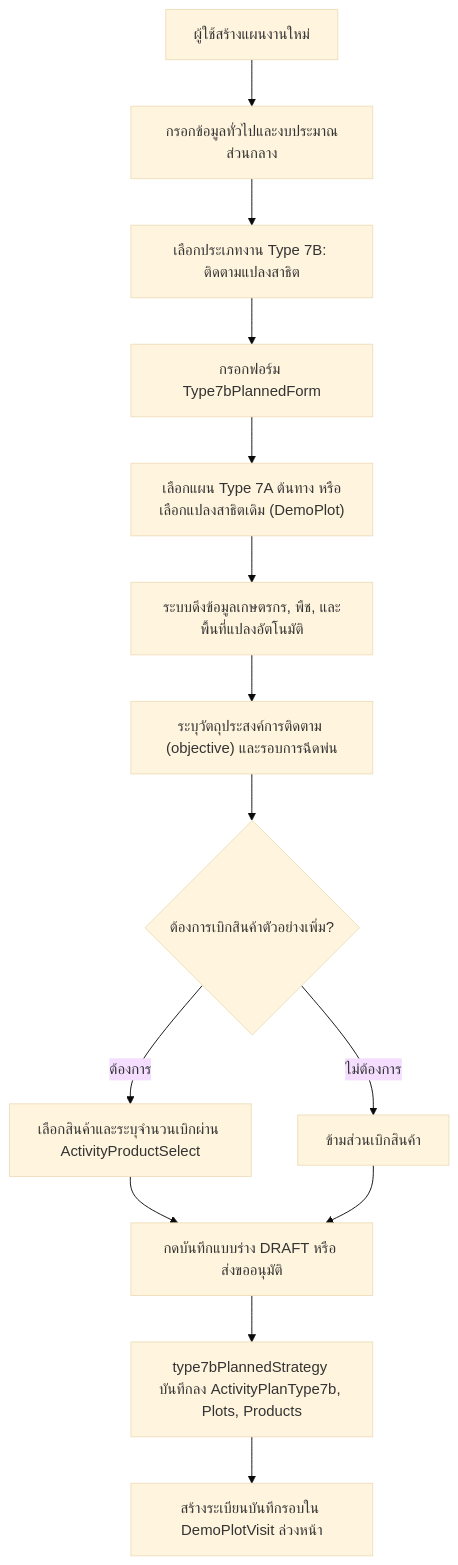
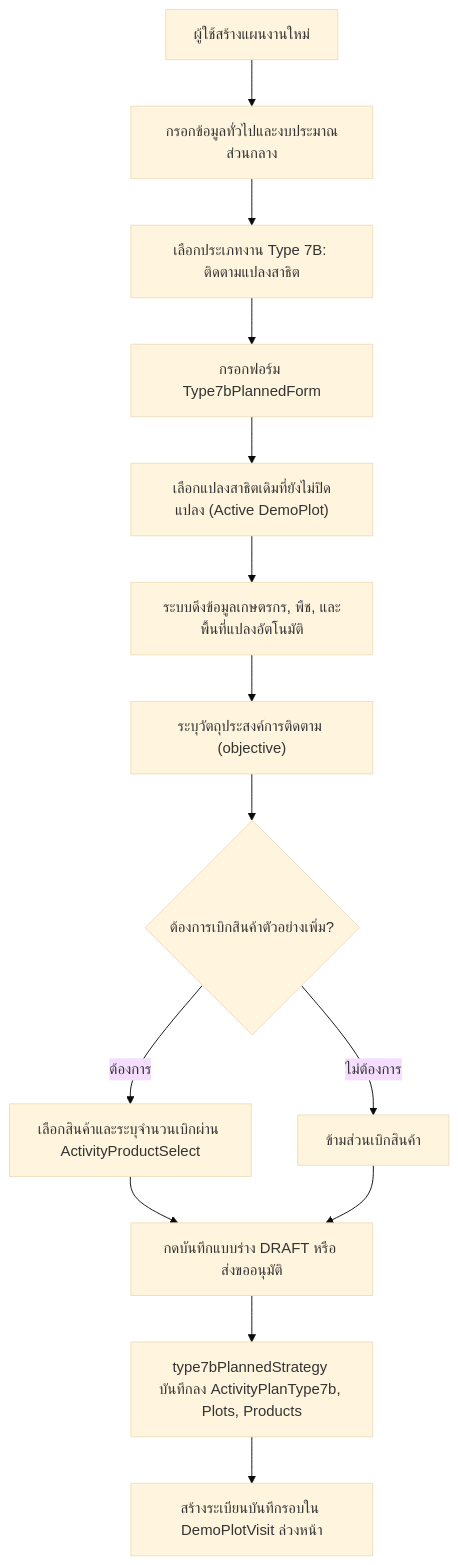
Before and after one commit to bankhk10/crm-bank: the first of 3 diagrams in modules/activity/features/type-7b/README.md, drawn with Mermaid (base theme). The commit also changed other lines of this file and 7 other files, not shown here.

````diff
--- a/modules/activity/features/type-7b/README.md
+++ b/modules/activity/features/type-7b/README.md
@@ -58,16 +69,16 @@
 ```mermaid
 graph TD
     A["ผู้ใช้สร้างแผนงานใหม่"] --> B["กรอกข้อมูลทั่วไปและงบประมาณส่วนกลาง"]
     B --> C["เลือกประเภทงาน Type 7B: ติดตามแปลงสาธิต"]
     C --> D["กรอกฟอร์ม Type7bPlannedForm"]
-    D --> E["เลือกแผน Type 7A ต้นทาง หรือเลือกแปลงสาธิตเดิม (DemoPlot)"]
+    D --> E["เลือกแปลงสาธิตเดิมที่ยังไม่ปิดแปลง (Active DemoPlot)"]
     E --> F["ระบบดึงข้อมูลเกษตรกร, พืช, และพื้นที่แปลงอัตโนมัติ"]
-    F --> G["ระบุวัตถุประสงค์การติดตาม (objective) และรอบการฉีดพ่น"]
+    F --> G["ระบุวัตถุประสงค์การติดตาม (objective)"]
     G --> H{"ต้องการเบิกสินค้าตัวอย่างเพิ่ม?"}
     H -->|"ต้องการ"| I["เลือกสินค้าและระบุจำนวนเบิกผ่าน ActivityProductSelect"]
     H -->|"ไม่ต้องการ"| J["ข้ามส่วนเบิกสินค้า"]
     I --> K["กดบันทึกแบบร่าง DRAFT หรือ ส่งขออนุมัติ"]
     J --> K
     K --> L["type7bPlannedStrategy บันทึกลง ActivityPlanType7b, Plots, Products"]
     L --> M["สร้างระเบียนบันทึกรอบใน DemoPlotVisit ล่วงหน้า"]
 ```
````
